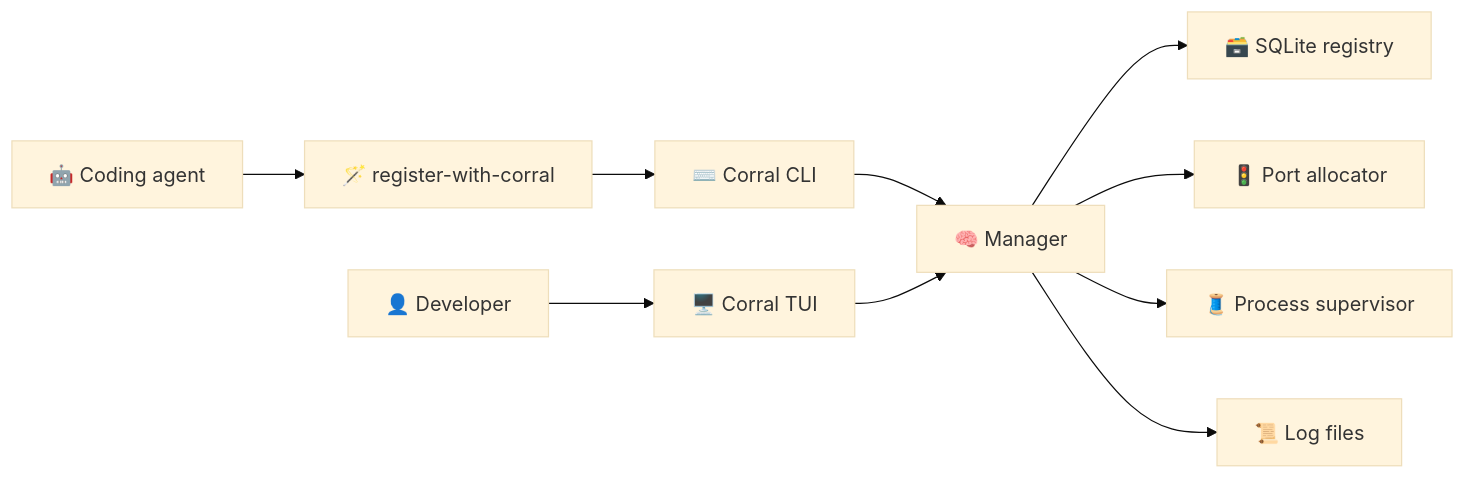
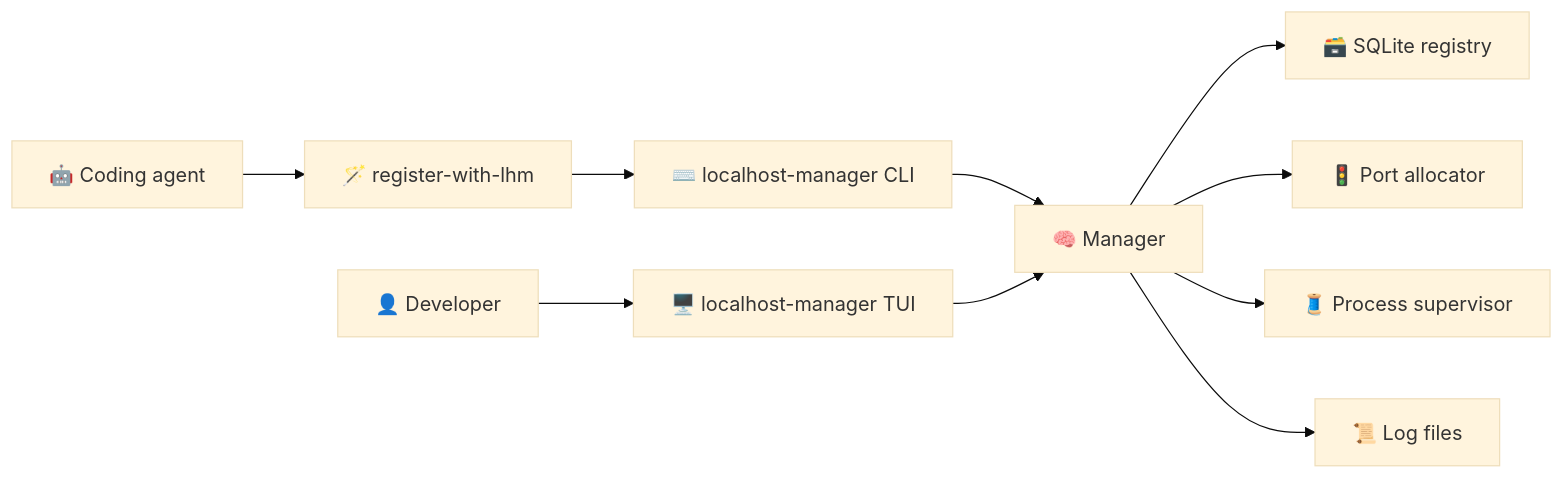
The diagram in README.md (huggon1/corral), drawn with Mermaid (base theme) before and after one commit. The commit also changed other lines of this file and 16 other files, not shown here.

Commit message:
Rename Corral to localhost-manager (#2)

````diff
--- a/README.md
+++ b/README.md
@@ -189,12 +189,12 @@
 ```mermaid
 flowchart LR
-    Agent["🤖 Coding agent"] --> Skill["🪄 register-with-corral"]
-    Skill --> CLI["⌨️ Corral CLI"]
-    Human["👤 Developer"] --> TUI["🖥️ Corral TUI"]
+    Agent["🤖 Coding agent"] --> Skill["🪄 register-with-lhm"]
+    Skill --> CLI["⌨️ localhost-manager CLI"]
+    Human["👤 Developer"] --> TUI["🖥️ localhost-manager TUI"]
     CLI --> Manager["🧠 Manager"]
     TUI --> Manager
     Manager --> Registry["🗃️ SQLite registry"]
     Manager --> Ports["🚦 Port allocator"]
     Manager --> Processes["🧵 Process supervisor"]
     Manager --> Logs["📜 Log files"]
 ```
````
